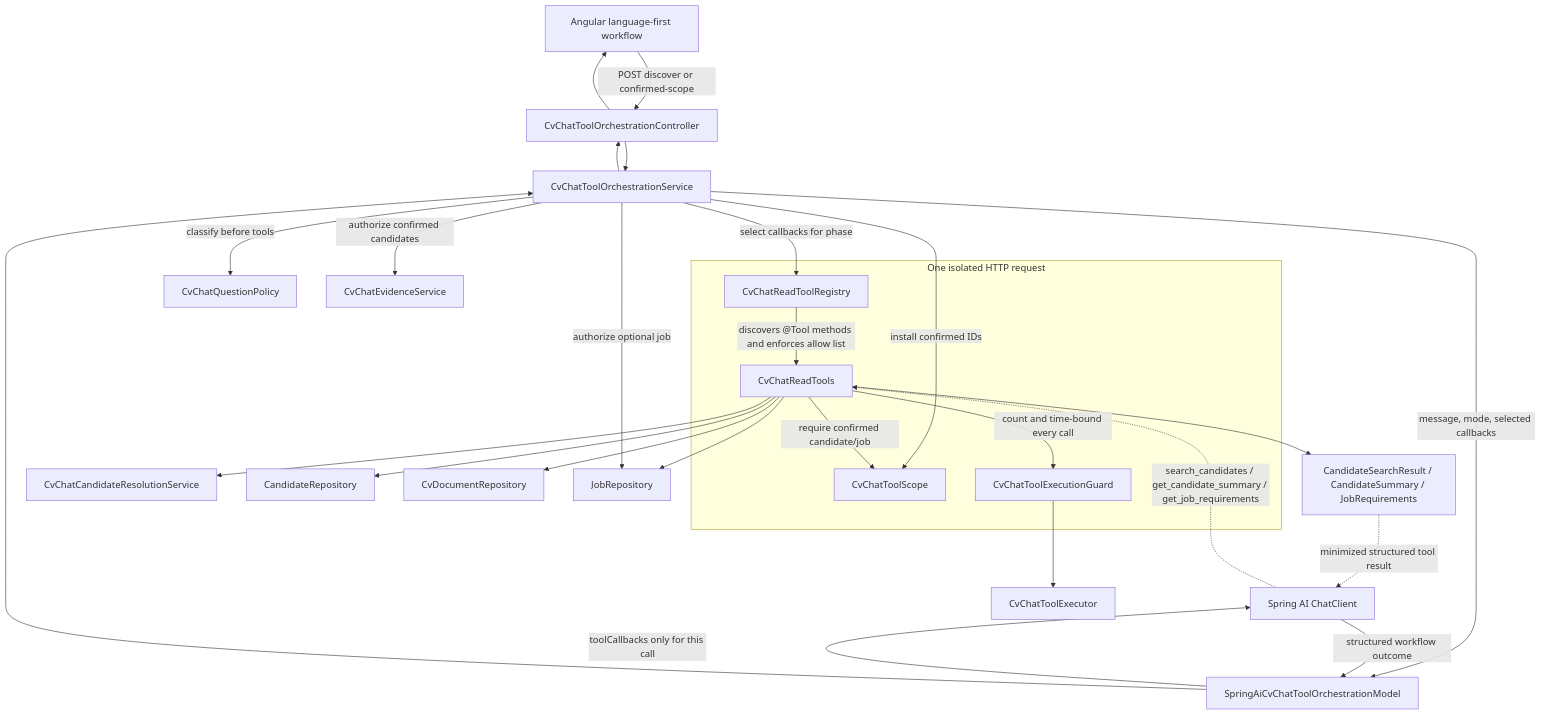
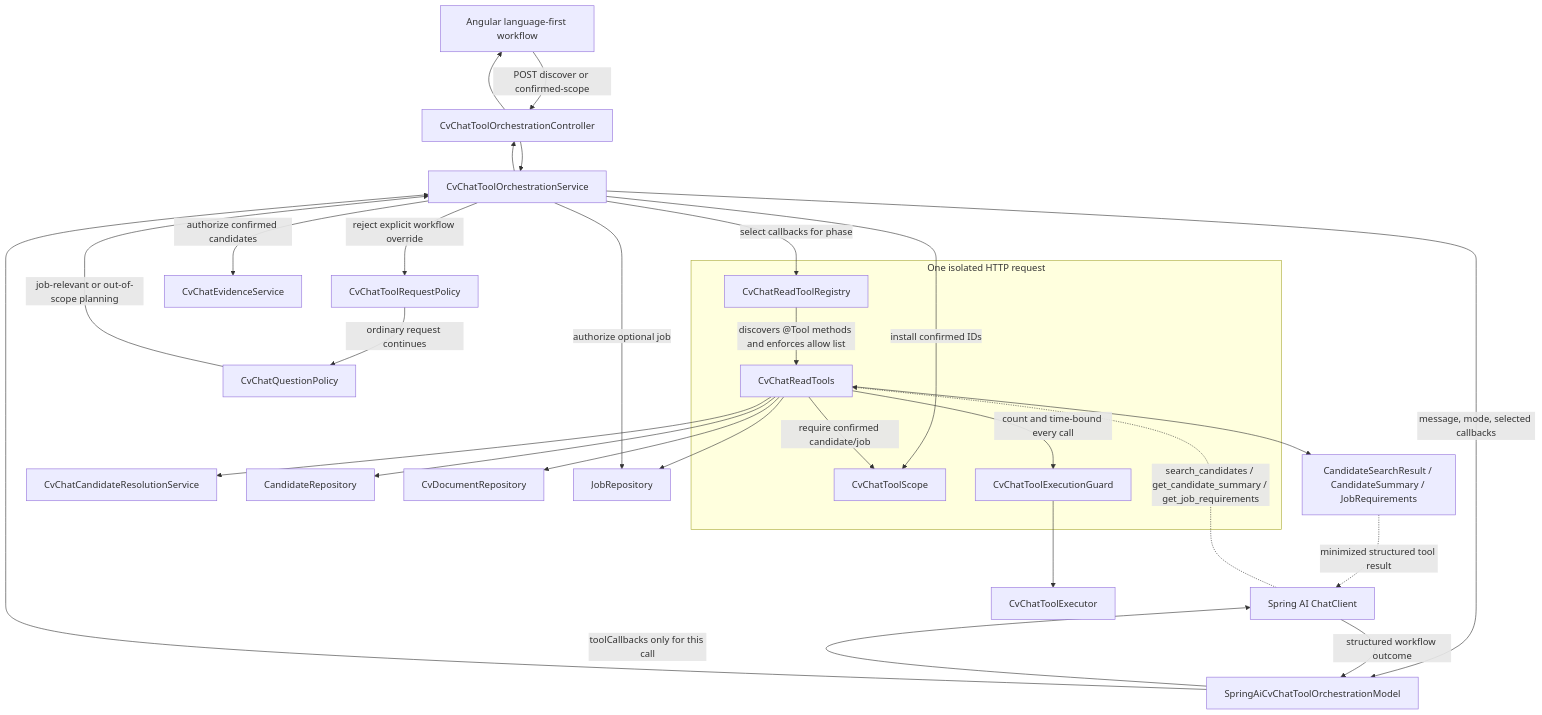
Before and after one commit to NevGiU-AI/hr-ai: the diagram in specifications/12-spring-ai-tools-and-agent-actions.md, drawn with Mermaid. The commit also changed other lines of this file, not shown here.

Commit message:
docs(chat): explain orchestration request policy

````diff
--- a/specifications/12-spring-ai-tools-and-agent-actions.md
+++ b/specifications/12-spring-ai-tools-and-agent-actions.md
@@ -128,49 +136,52 @@
 ```mermaid
 flowchart TD
     Angular[Angular language-first workflow]
     Controller[CvChatToolOrchestrationController]
     Service[CvChatToolOrchestrationService]
-    Policy[CvChatQuestionPolicy]
+    RequestPolicy[CvChatToolRequestPolicy]
+    SemanticPolicy[CvChatQuestionPolicy]
     Evidence[CvChatEvidenceService]
     Model[SpringAiCvChatToolOrchestrationModel]
     ChatClient[Spring AI ChatClient]
 
     subgraph RequestScope[One isolated HTTP request]
         Registry[CvChatReadToolRegistry]
         Scope[CvChatToolScope]
         Tools[CvChatReadTools]
         Guard[CvChatToolExecutionGuard]
     end
 
     Executor[CvChatToolExecutor]
     Search[CvChatCandidateResolutionService]
     CandidateRepo[CandidateRepository]
     DocumentRepo[CvDocumentRepository]
     JobRepo[JobRepository]
     Results[CandidateSearchResult / CandidateSummary / JobRequirements]
 
     Angular -->|POST discover or confirmed-scope| Controller
     Controller --> Service
-    Service -->|classify before tools| Policy
+    Service -->|reject explicit workflow override| RequestPolicy
+    RequestPolicy -->|ordinary request continues| SemanticPolicy
+    SemanticPolicy -->|job-relevant or out-of-scope planning| Service
     Service -->|authorize confirmed candidates| Evidence
     Service -->|authorize optional job| JobRepo
     Service -->|install confirmed IDs| Scope
     Service -->|select callbacks for phase| Registry
     Service -->|message, mode, selected callbacks| Model
     Registry -->|discovers @Tool methods and enforces allow list| Tools
     Model -->|toolCallbacks only for this call| ChatClient
     ChatClient -.->|search_candidates / get_candidate_summary / get_job_requirements| Tools
     Tools -->|require confirmed candidate/job| Scope
     Tools -->|count and time-bound every call| Guard
     Guard --> Executor
     Tools --> Search
     Tools --> CandidateRepo
     Tools --> DocumentRepo
     Tools --> JobRepo
     Tools --> Results
     Results -.->|minimized structured tool result| ChatClient
     ChatClient -->|structured workflow outcome| Model
     Model --> Service
     Service --> Controller
     Controller --> Angular
 ```
````
